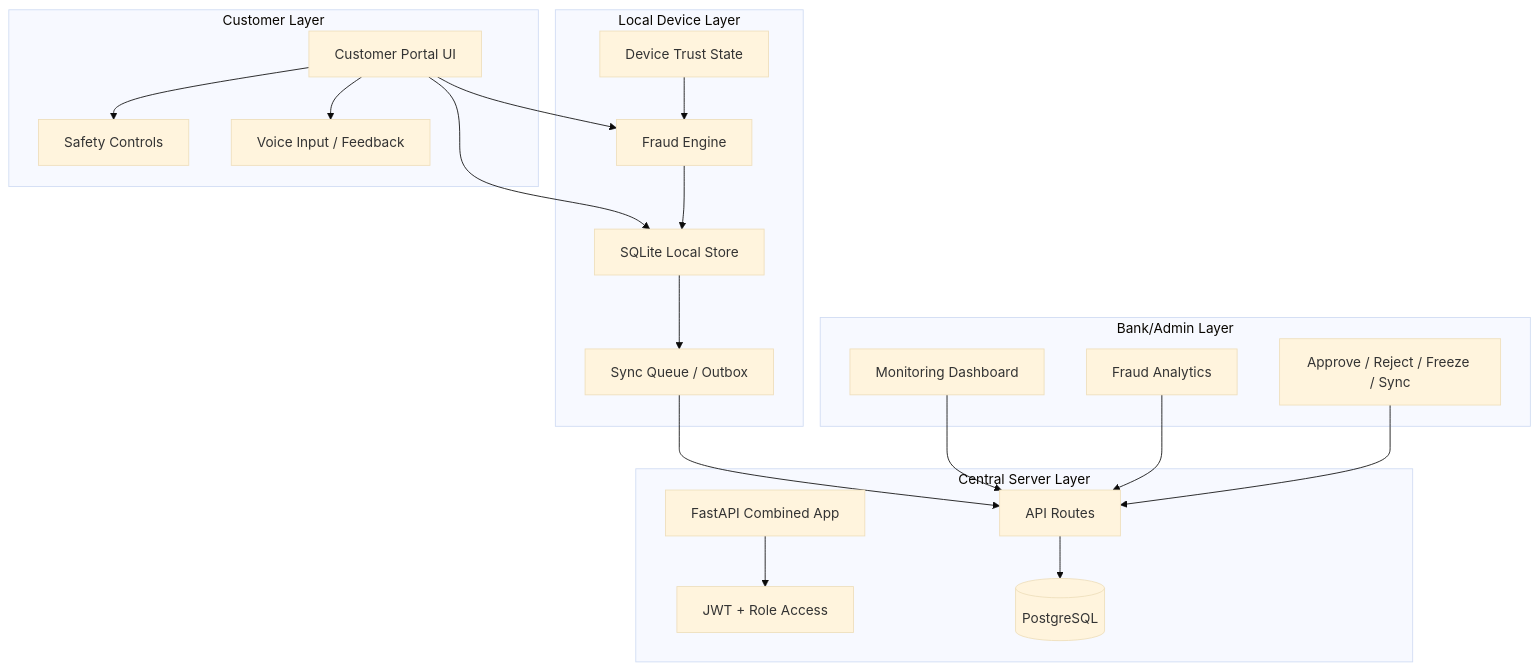
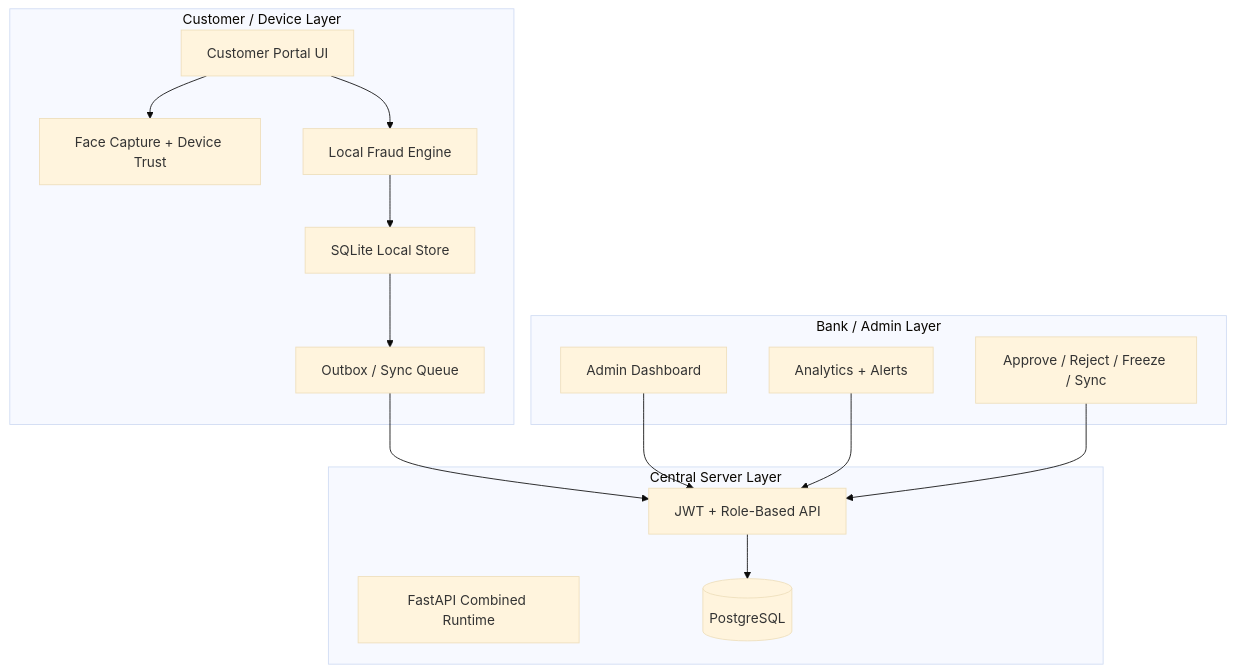
The diagram in docs/GITHUB_WIKI_REPORT/System-Architecture.md (bhumishah01/CyberShakti-Banking-Framework), drawn with Mermaid (base theme) before and after one commit. The commit also changed other lines of this file and 17 other files, not shown here.

````diff
--- a/docs/GITHUB_WIKI_REPORT/System-Architecture.md
+++ b/docs/GITHUB_WIKI_REPORT/System-Architecture.md
@@ -4,42 +4,32 @@
 ```mermaid
 flowchart TB
-  subgraph CustomerLayer[Customer Layer]
-    UI[Customer Portal UI]
-    Safety[Safety Controls]
-    Voice[Voice Input / Feedback]
+  subgraph Customer["Customer / Device Layer"]
+    UI["Customer Portal UI"]
+    FACE["Face Capture + Device Trust"]
+    FRAUD["Local Fraud Engine"]
+    LOCALDB["SQLite Local Store"]
+    OUTBOX["Outbox / Sync Queue"]
   end
 
-  subgraph LocalLayer[Local Device Layer]
-    SQLite[SQLite Local Store]
-    Fraud[Fraud Engine]
-    Outbox[Sync Queue / Outbox]
-    DeviceTrust[Device Trust State]
+  subgraph Bank["Bank / Admin Layer"]
+    DASH["Admin Dashboard"]
+    ANALYTICS["Analytics + Alerts"]
+    CONTROL["Approve / Reject / Freeze / Sync"]
   end
 
-  subgraph ServerLayer[Central Server Layer]
-    FastAPI[FastAPI Combined App]
-    Auth[JWT + Role Access]
-    API[API Routes]
+  subgraph Server["Central Server Layer"]
+    APP["FastAPI Combined Runtime"]
+    API["JWT + Role-Based API"]
     PG[(PostgreSQL)]
   end
 
-  subgraph AdminLayer[Bank/Admin Layer]
-    Dashboard[Monitoring Dashboard]
-    Analytics[Fraud Analytics]
-    Controls[Approve / Reject / Freeze / Sync]
-  end
-
-  UI --> SQLite
-  UI --> Fraud
-  UI --> Safety
-  UI --> Voice
-  Fraud --> SQLite
-  SQLite --> Outbox
-  DeviceTrust --> Fraud
-  Outbox --> API
-  FastAPI --> Auth
+  UI --> FACE
+  UI --> FRAUD
+  FRAUD --> LOCALDB
+  LOCALDB --> OUTBOX
+  OUTBOX --> API
+  DASH --> API
+  ANALYTICS --> API
+  CONTROL --> API
   API --> PG
-  Dashboard --> API
-  Analytics --> API
-  Controls --> API
 ```
````
